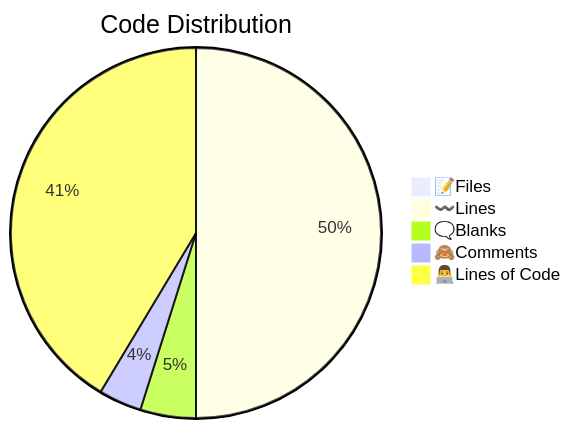
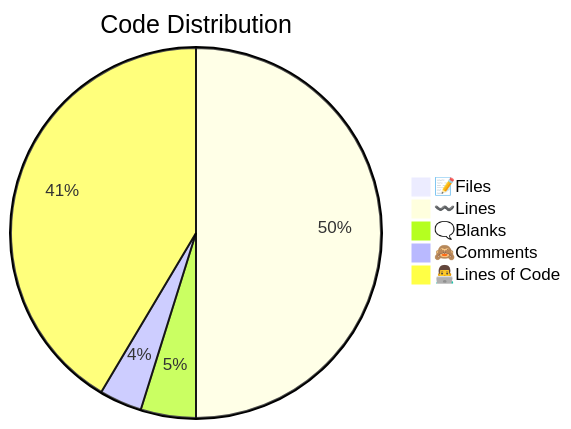
One commit to PyNetic/PyNetic changed the second of 2 diagrams in .github/stats/Code Statistics.md. Above: the diagram before and after it, drawn with Mermaid. The commit also changed other lines of this file, not shown here.

````diff
--- a/.github/stats/Code Statistics.md
+++ b/.github/stats/Code Statistics.md
@@ -18,8 +16,8 @@
 ```mermaid
 pie title Code Distribution
     "📝Files" : 40
-    "〰️Lines" : 2586
+    "〰️Lines" : 2602
     "🗨️Blanks" : 251
     "🙈Comments" : 194
-    "👨‍💻Lines of Code" : 2141
+    "👨‍💻Lines of Code" : 2157
 ```
````
